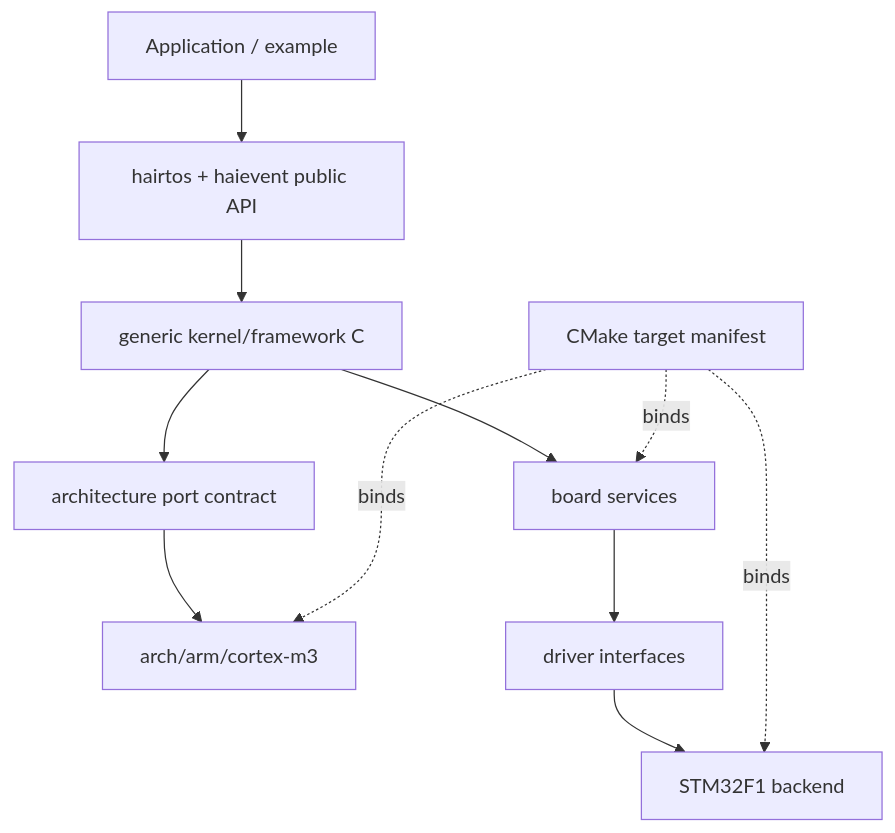
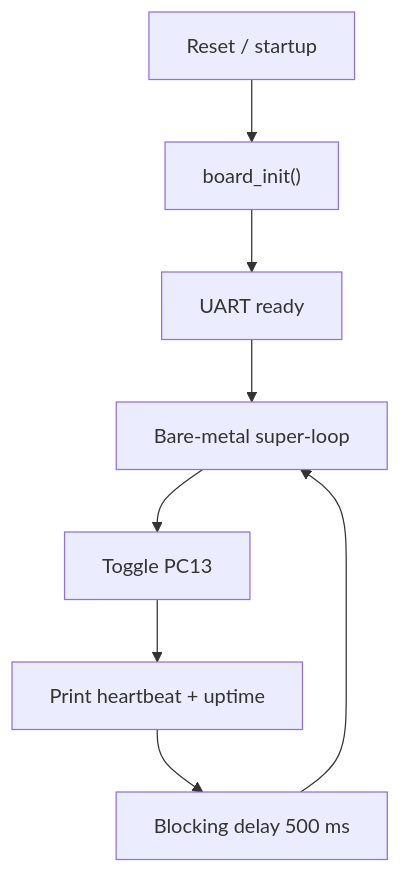
Before and after one commit to haikevins/hairtos: the diagram in examples/01-baremetal-foundation/README.md, drawn with Mermaid. The commit also changed other lines of this file and 82 other files, not shown here.

````diff
--- a/examples/01-baremetal-foundation/README.md
+++ b/examples/01-baremetal-foundation/README.md
@@ -41,13 +40,10 @@
 ```mermaid
-flowchart TD
-    APP["Application / example"] --> API["hairtos + haievent public API"]
-    API --> K["generic kernel/framework C"]
-    K --> PORT["architecture port contract"]
-    PORT --> ARCH["arch/arm/cortex-m3"]
-    K --> BOARD["board services"]
-    BOARD --> DRV["driver interfaces"]
-    DRV --> SOC["STM32F1 backend"]
-    MAN["CMake target manifest"] -. binds .-> ARCH
-    MAN -. binds .-> SOC
-    MAN -. binds .-> BOARD
+flowchart TB
+    RESET["Reset / startup"] --> BOARD["board_init()"]
+    BOARD --> UART["UART ready"]
+    UART --> LOOP["Bare-metal super-loop"]
+    LOOP --> LED["Toggle PC13"]
+    LED --> LOG["Print heartbeat + uptime"]
+    LOG --> DELAY["Blocking delay 500 ms"]
+    DELAY --> LOOP
 ```
````
